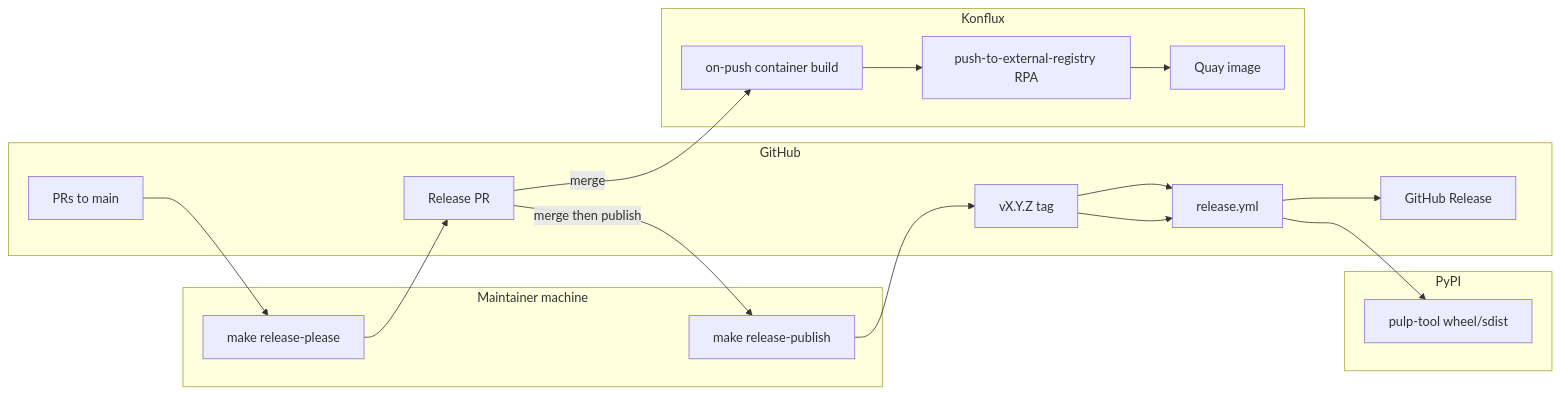
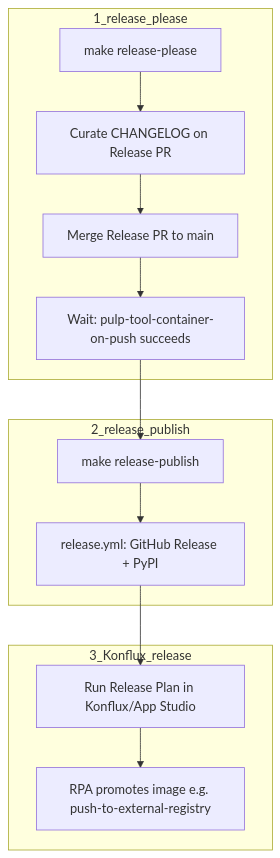
Before and after one commit to jajreidy/pulp-tool: the diagram in docs/releasing.md, drawn with Mermaid. The commit also changed other lines of this file and 11 other files, not shown here.

````diff
--- a/docs/releasing.md
+++ b/docs/releasing.md
@@ -16,27 +27,22 @@
 ```mermaid
-flowchart LR
-  subgraph maintainer [Maintainer machine]
-    RPcmd["make release-please"]
-    Pubcmd["make release-publish"]
+flowchart TD
+  subgraph step1 [1_release_please]
+    RP["make release-please"]
+    Curate[Curate CHANGELOG on Release PR]
+    Merge[Merge Release PR to main]
+    WaitBuild["Wait: pulp-tool-container-on-push succeeds"]
+    RP --> Curate --> Merge --> WaitBuild
   end
-  subgraph github [GitHub]
-    Merges[PRs to main]
-    RelPR[Release PR]
-    Tag["vX.Y.Z tag"]
-    RelWF[release.yml]
-    GHR[GitHub Release]
+  subgraph step2 [2_release_publish]
+    Pub["make release-publish"]
+    GHA["release.yml: GitHub Release + PyPI"]
+    Pub --> GHA
   end
-  subgraph pypi [PyPI]
-    Wheel[pulp-tool wheel/sdist]
+  subgraph step3 [3_Konflux_release]
+    RelPlan["Run Release Plan in Konflux/App Studio"]
+    Promote["RPA promotes image e.g. push-to-external-registry"]
+    RelPlan --> Promote
   end
-  subgraph konflux [Konflux]
-    OnPush[on-push container build]
-    RPA[push-to-external-registry RPA]
-    Quay[Quay image]
-  end
-  Merges --> RPcmd --> RelPR
-  RelPR -->|merge| OnPush --> RPA --> Quay
-  RelPR -->|merge then publish| Pubcmd --> Tag
-  Tag --> RelWF --> Wheel
-  Tag --> RelWF --> GHR
+  WaitBuild --> Pub
+  GHA --> RelPlan
 ```
````
